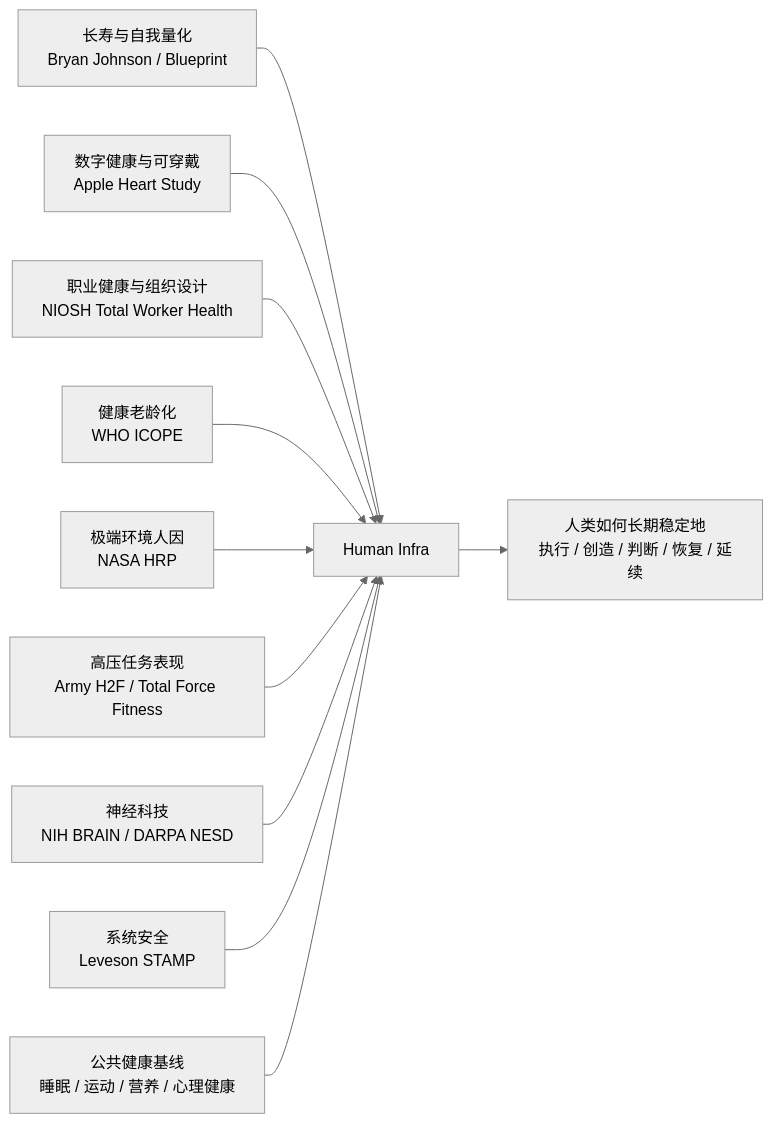
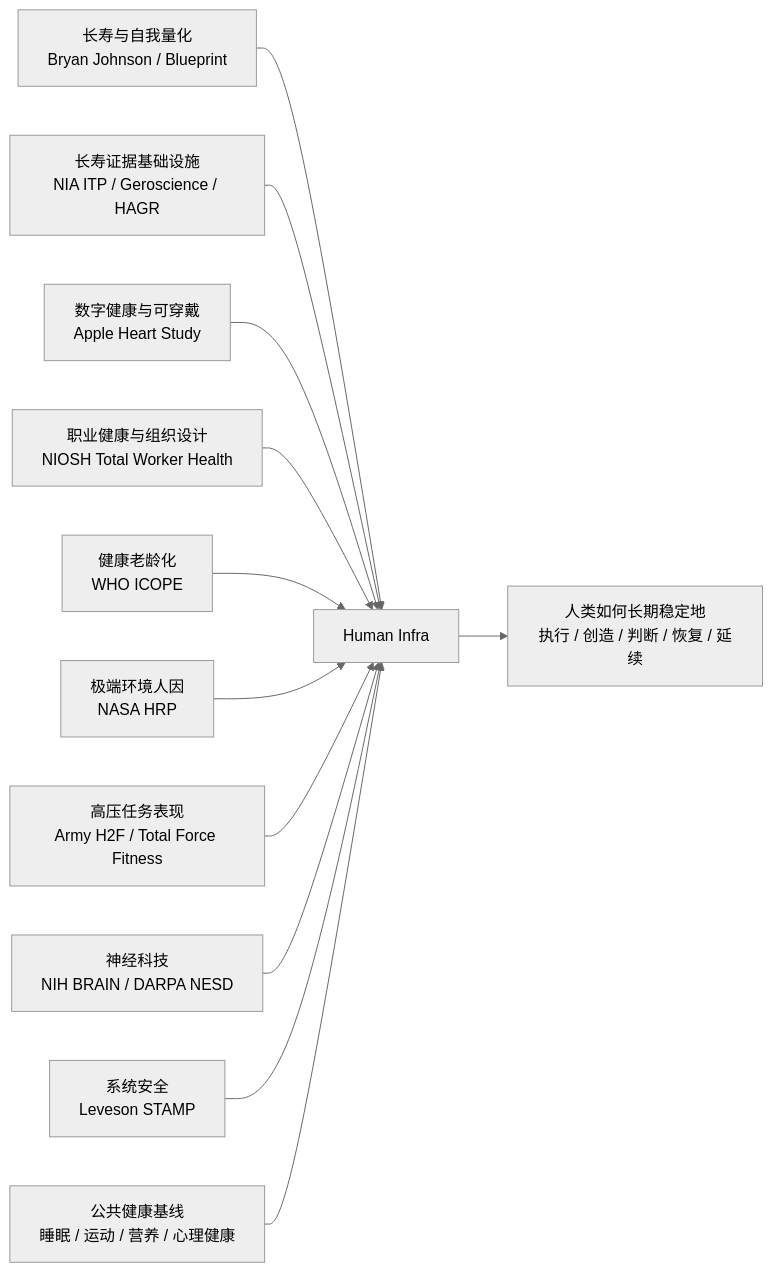
Before and after one commit to 123olp/ys: the first of 4 diagrams in README.md, drawn with Mermaid (neutral theme). The commit also changed other lines of this file and 2 other files, not shown here.

````diff
--- a/README.md
+++ b/README.md
@@ -22,14 +22,15 @@
 ```mermaid
 flowchart LR
     A[长寿与自我量化<br/>Bryan Johnson / Blueprint] --> H[Human Infra]
+    L[长寿证据基础设施<br/>NIA ITP / Geroscience / HAGR] --> H
     B[数字健康与可穿戴<br/>Apple Heart Study] --> H
     C[职业健康与组织设计<br/>NIOSH Total Worker Health] --> H
     D[健康老龄化<br/>WHO ICOPE] --> H
     E[极端环境人因<br/>NASA HRP] --> H
     F[高压任务表现<br/>Army H2F / Total Force Fitness] --> H
     G[神经科技<br/>NIH BRAIN / DARPA NESD] --> H
     I[系统安全<br/>Leveson STAMP] --> H
     K[公共健康基线<br/>睡眠 / 运动 / 营养 / 心理健康] --> H
 
     H --> J[人类如何长期稳定地<br/>执行 / 创造 / 判断 / 恢复 / 延续]
 ```
````
